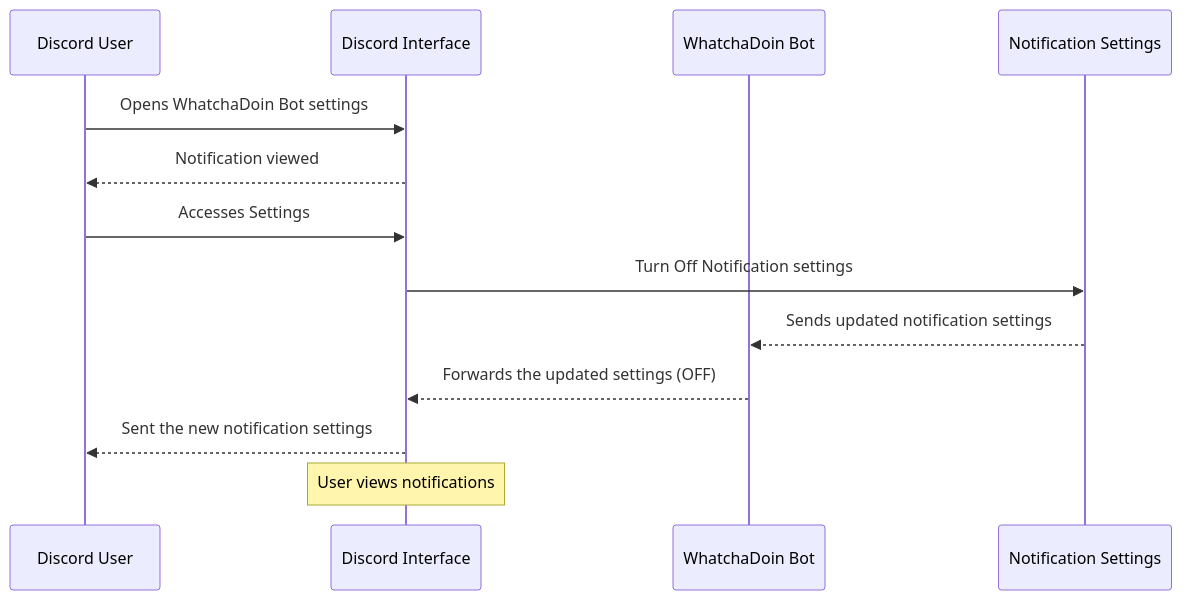
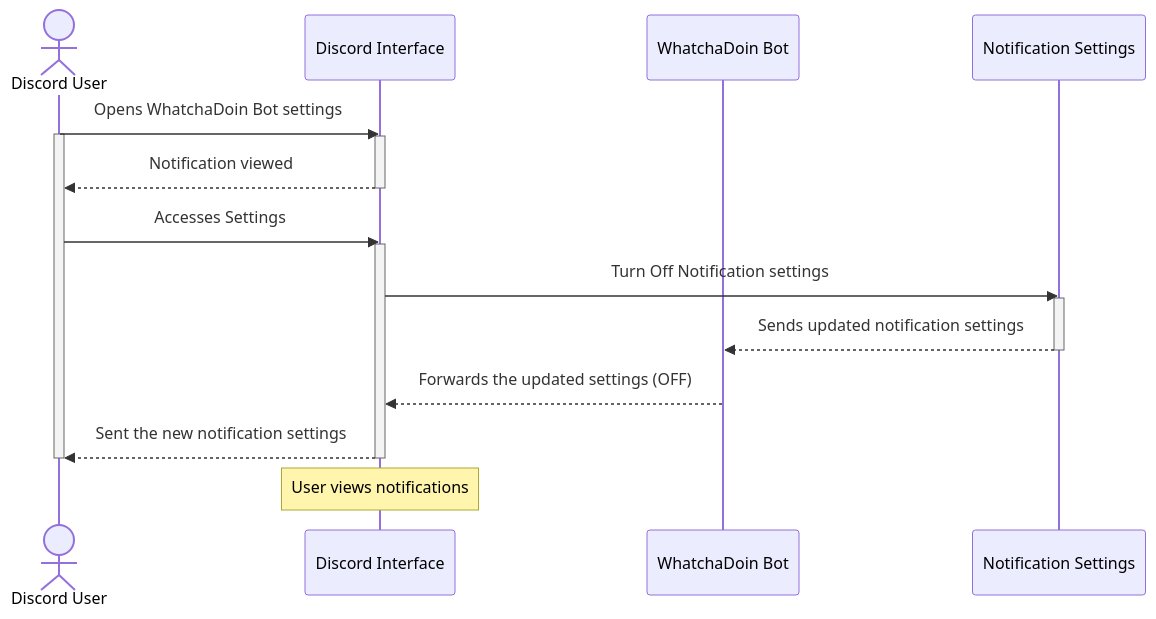
One commit to Capstone-Projects-2023-Fall/project-bereal-meets-slack changed the ninth of 11 diagrams in documentation/docs/system-architecture/design.md. Above: the diagram before and after it, drawn with Mermaid. The commit also changed other lines of this file, not shown here.

Commit message:
Update design.md
Mirror error in Use Case 6 fixed, Use Case 7 done now

````diff
--- a/documentation/docs/system-architecture/design.md
+++ b/documentation/docs/system-architecture/design.md
@@ -446,18 +446,26 @@
 ```mermaid
 
 sequenceDiagram
-    participant User as Discord User
+    actor User as Discord User
     participant DiscordInterface as Discord Interface
     participant WhatchaDoinBot as WhatchaDoin Bot
     participant NotificationSettings as Notification Settings
 
     User ->> DiscordInterface: Opens WhatchaDoin Bot settings
+    activate User
+    activate DiscordInterface
     DiscordInterface -->> User: Notification viewed
+    deactivate DiscordInterface
     User ->> DiscordInterface: Accesses Settings
+    activate DiscordInterface
     DiscordInterface ->> NotificationSettings: Turn Off Notification settings
+    activate NotificationSettings
     NotificationSettings -->> WhatchaDoinBot: Sends updated notification settings
+    deactivate NotificationSettings
     WhatchaDoinBot -->> DiscordInterface: Forwards the updated settings (OFF)
     DiscordInterface -->> User: Sent the new notification settings
+    deactivate DiscordInterface
+    deactivate User
     Note over DiscordInterface: User views notifications
 
 ```
````
